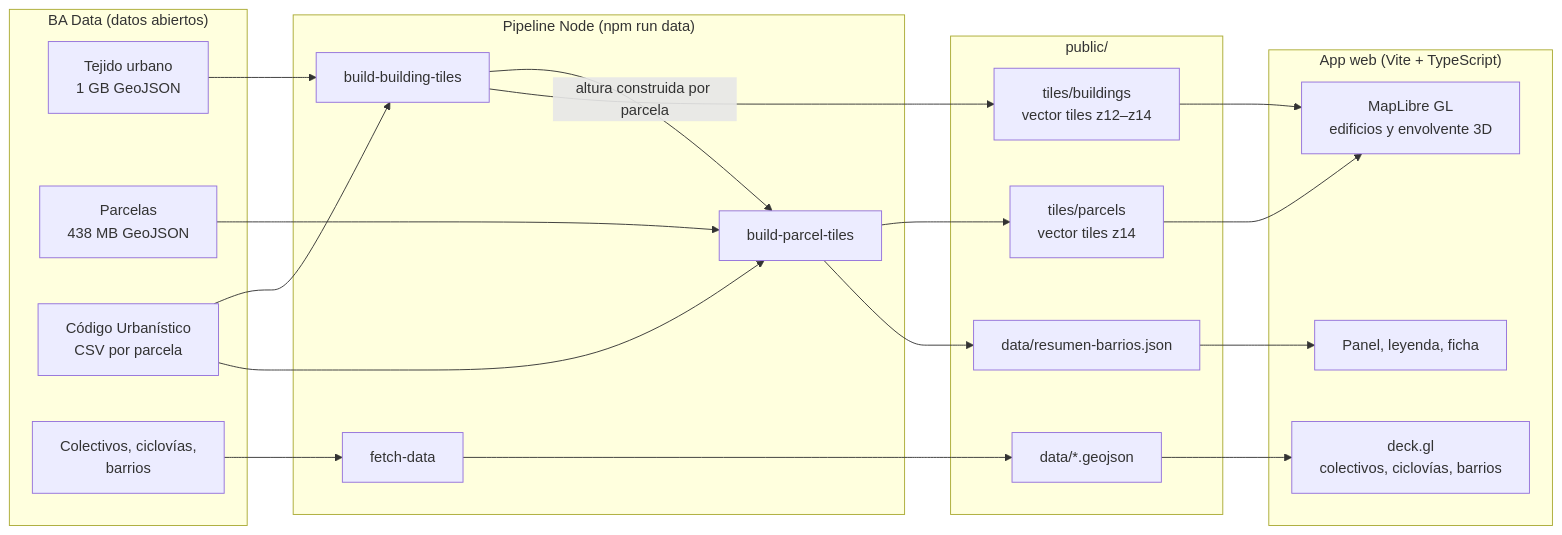
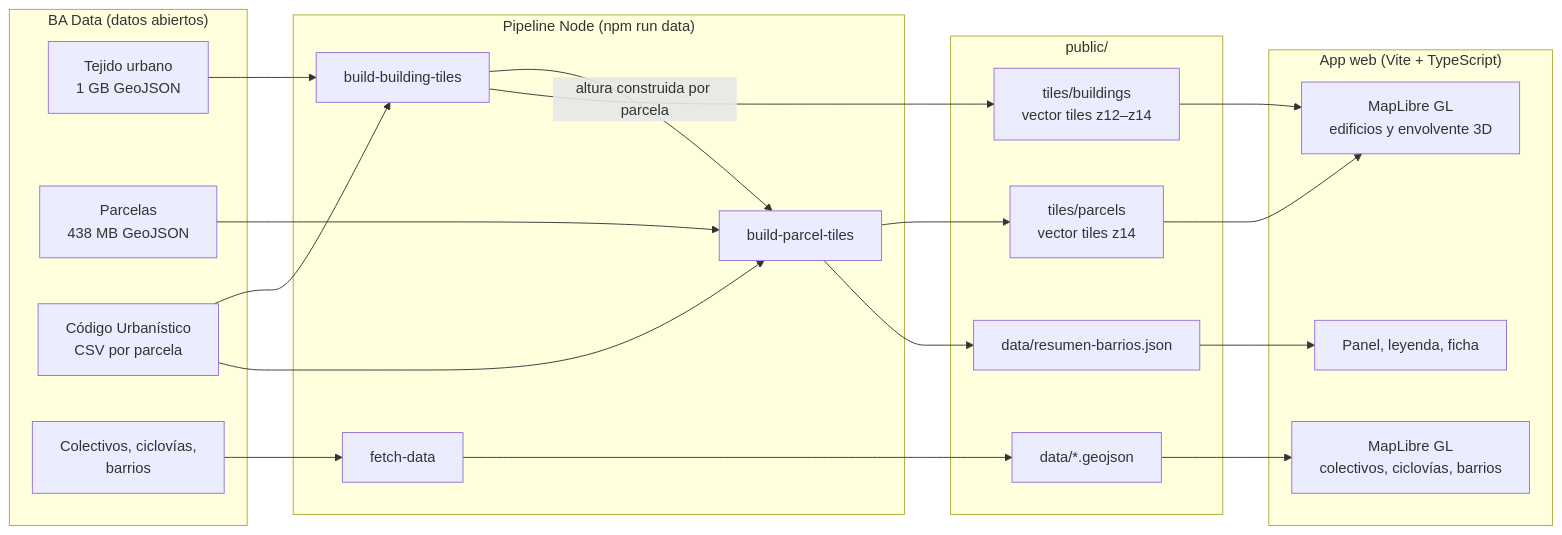
Before and after one commit to meryboth/buenos-aires-data: the diagram in README.md, drawn with Mermaid. The commit also changed other lines of this file and 5 other files, not shown here.

First line of the commit message:
Actualiza a MapLibre 6 y reemplaza deck.gl por capas nativas

````diff
--- a/README.md
+++ b/README.md
@@ -209,39 +209,39 @@
 ```mermaid
 flowchart LR
   subgraph BA["BA Data (datos abiertos)"]
     T[Tejido urbano<br/>1 GB GeoJSON]
     P[Parcelas<br/>438 MB GeoJSON]
     C[Código Urbanístico<br/>CSV por parcela]
     O[Colectivos, ciclovías,<br/>barrios]
   end
   subgraph PIPE["Pipeline Node (npm run data)"]
     B1[build-building-tiles]
     B2[build-parcel-tiles]
     F[fetch-data]
   end
   subgraph OUT["public/"]
     VT1[tiles/buildings<br/>vector tiles z12–z14]
     VT2[tiles/parcels<br/>vector tiles z14]
     J[data/resumen-barrios.json]
     G[data/*.geojson]
   end
   subgraph APP["App web (Vite + TypeScript)"]
     ML[MapLibre GL<br/>edificios y envolvente 3D]
-    DK[deck.gl<br/>colectivos, ciclovías, barrios]
+    DK[MapLibre GL<br/>colectivos, ciclovías, barrios]
     UI[Panel, leyenda, ficha]
   end
   T --> B1
   C --> B1
   C --> B2
   P --> B2
   B1 -- altura construida por parcela --> B2
   O --> F
   B1 --> VT1
   B2 --> VT2
   B2 --> J
   F --> G
   VT1 --> ML
   VT2 --> ML
   G --> DK
   J --> UI
 ```
````
